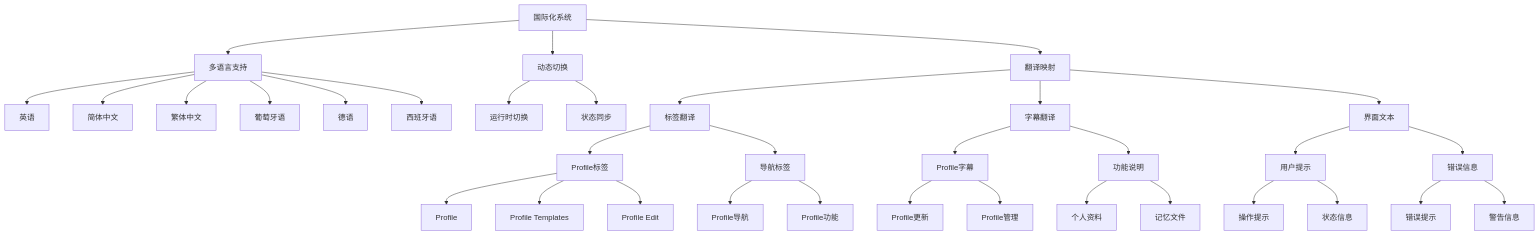
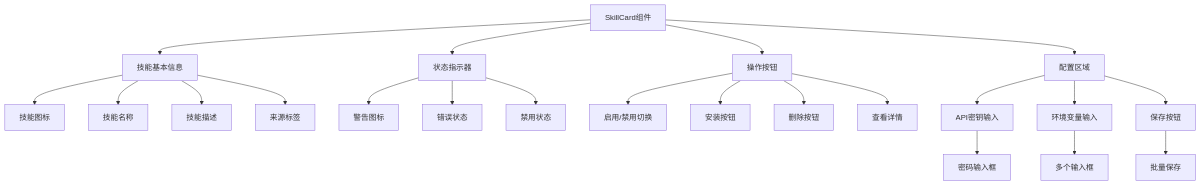
Diagram 13 of 21 in .qoder/repowiki/zh/content/Web界面/UI组件系统/UI组件系统.md (verse-ai-org/openclaw), drawn with Mermaid before and after one commit. The commit also changed other lines of this file and 75 other files, not shown here.

````diff
--- a/.qoder/repowiki/zh/content/Web界面/UI组件系统/UI组件系统.md
+++ b/.qoder/repowiki/zh/content/Web界面/UI组件系统/UI组件系统.md
@@ -1440,36 +775,24 @@
 ```mermaid
 flowchart TD
-A[国际化系统] --> B[多语言支持]
-A --> C[动态切换]
-A --> D[翻译映射]
-B --> E[英语]
-B --> F[简体中文]
-B --> G[繁体中文]
-B --> H[葡萄牙语]
-B --> I[德语]
-B --> J[西班牙语]
-C --> K[运行时切换]
-C --> L[状态同步]
-D --> M[标签翻译]
-D --> N[字幕翻译]
-D --> O[界面文本]
-M --> P[Profile标签]
-M --> Q[导航标签]
-N --> R[Profile字幕]
-N --> S[功能说明]
-O --> T[用户提示]
-O --> U[错误信息]
-P --> V[Profile]
-P --> W[Profile Templates]
-P --> X[Profile Edit]
-Q --> Y[Profile导航]
-Q --> Z[Profile功能]
-R --> AA[Profile更新]
-R --> BB[Profile管理]
-S --> CC[个人资料]
-S --> DD[记忆文件]
-T --> EE[操作提示]
-T --> FF[状态信息]
-U --> GG[错误提示]
-U --> HH[警告信息]
+A[SkillCard组件] --> B[技能基本信息]
+A --> C[状态指示器]
+A --> D[操作按钮]
+A --> E[配置区域]
+B --> F[技能图标]
+B --> G[技能名称]
+B --> H[技能描述]
+B --> I[来源标签]
+C --> J[警告图标]
+C --> K[错误状态]
+C --> L[禁用状态]
+D --> M[启用/禁用切换]
+D --> N[安装按钮]
+D --> O[删除按钮]
+D --> P[查看详情]
+E --> Q[API密钥输入]
+E --> R[环境变量输入]
+E --> S[保存按钮]
+Q --> T[密码输入框]
+R --> U[多个输入框]
+S --> V[批量保存]
 ```
````
